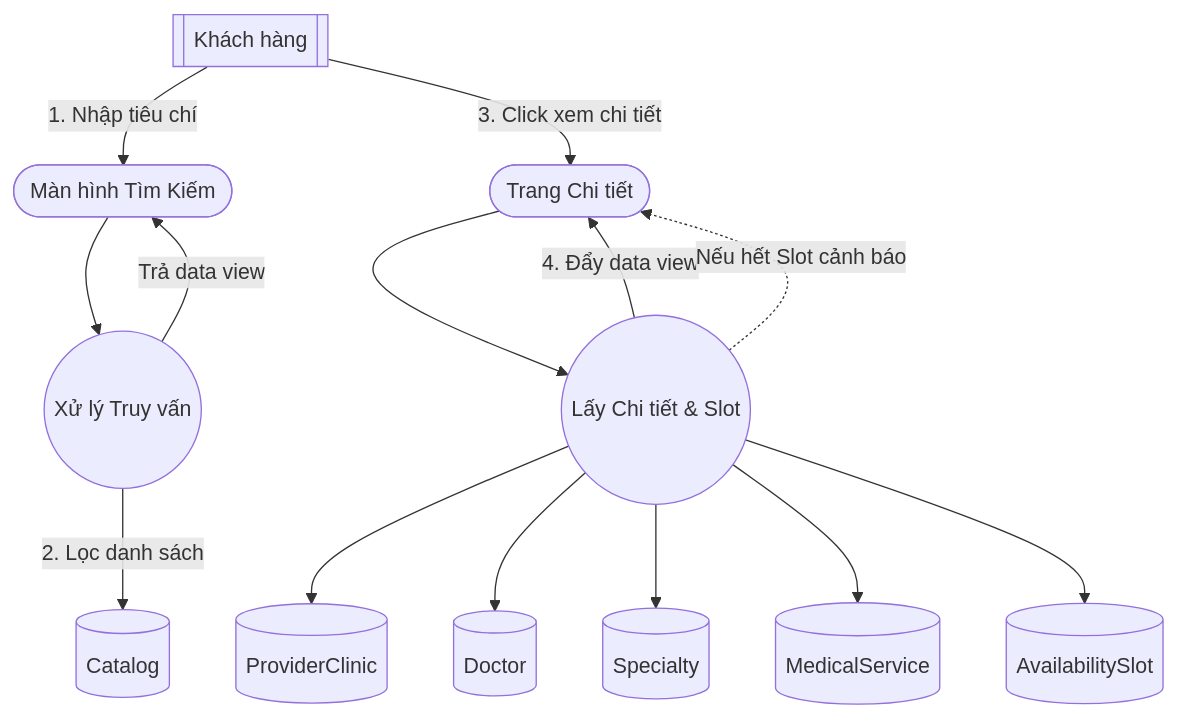
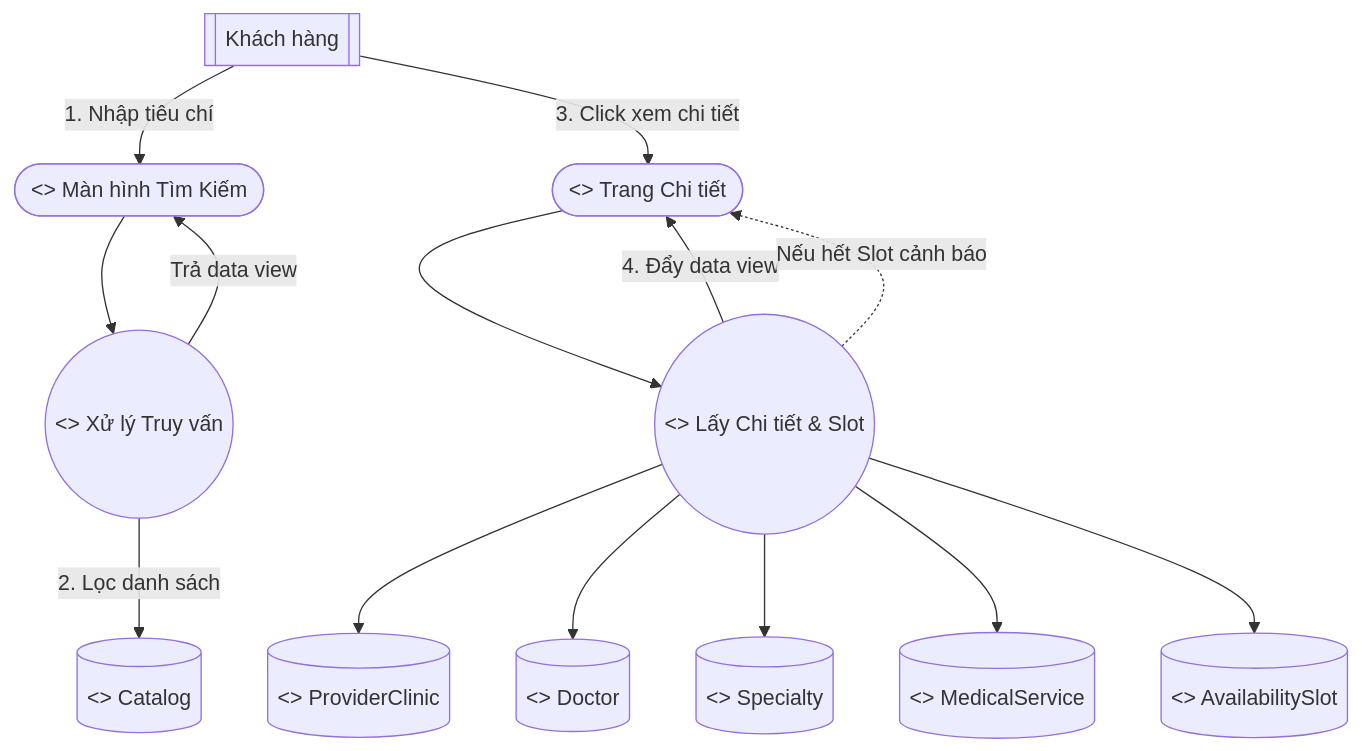
One commit to qhun22/qq changed the second of 10 diagrams in README.md. Above: the diagram before and after it, drawn with Mermaid. The commit also changed other lines of this file, not shown here.

````diff
--- a/README.md
+++ b/README.md
@@ -69,33 +96,33 @@
 ```mermaid
 flowchart TD
   A_CUS[[Khách hàng]]
   
-  B_SEARCH([Màn hình Tìm Kiếm])
-  B_DETAIL([Trang Chi tiết])
+  B_SEARCH([<<boundary>> Màn hình Tìm Kiếm])
+  B_DETAIL([<<boundary>> Trang Chi tiết])
   
-  C_QUERY((Xử lý Truy vấn))
-  C_FETCH((Lấy Chi tiết & Slot))
+  C_QUERY((<<control>> Xử lý Truy vấn))
+  C_FETCH((<<control>> Lấy Chi tiết & Slot))
   
-  E_CAT[(Catalog)]
-  E_CLINIC[(ProviderClinic)]
-  E_DOC[(Doctor)]
-  E_SPEC[(Specialty)]
-  E_SERV[(MedicalService)]
-  E_SLOT[(AvailabilitySlot)]
+  E_CAT[(<<entity>> Catalog)]
+  E_CLINIC[(<<entity>> ProviderClinic)]
+  E_DOC[(<<entity>> Doctor)]
+  E_SPEC[(<<entity>> Specialty)]
+  E_SERV[(<<entity>> MedicalService)]
+  E_SLOT[(<<entity>> AvailabilitySlot)]
 
   A_CUS -->|1. Nhập tiêu chí| B_SEARCH
   B_SEARCH --> C_QUERY
   C_QUERY -->|2. Lọc danh sách| E_CAT
   C_QUERY -->|Trả data view| B_SEARCH
   
   A_CUS -->|3. Click xem chi tiết| B_DETAIL
   B_DETAIL --> C_FETCH
   C_FETCH --> E_CLINIC
   C_FETCH --> E_DOC
   C_FETCH --> E_SPEC
   C_FETCH --> E_SERV
   C_FETCH --> E_SLOT
   C_FETCH -->|4. Đẩy data view| B_DETAIL
   
   C_FETCH -.->|Nếu hết Slot cảnh báo| B_DETAIL
 ```
````
